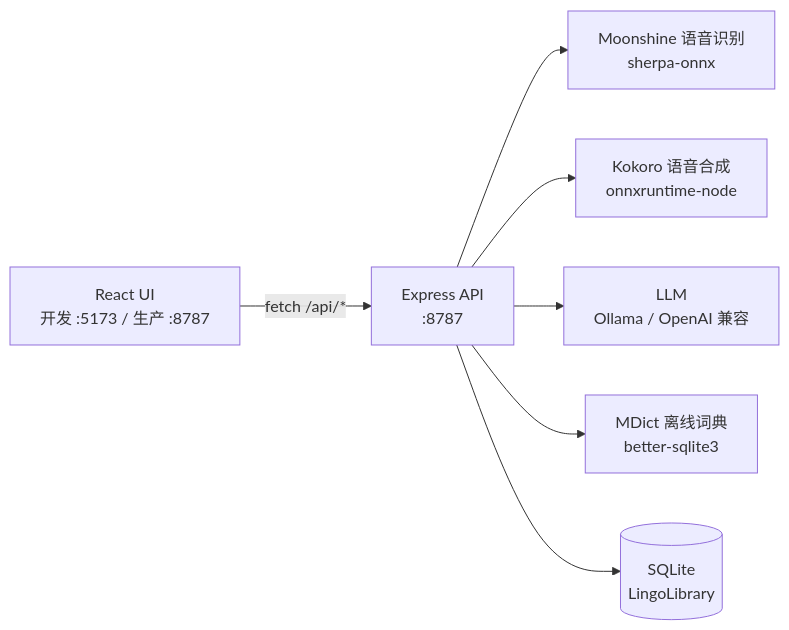
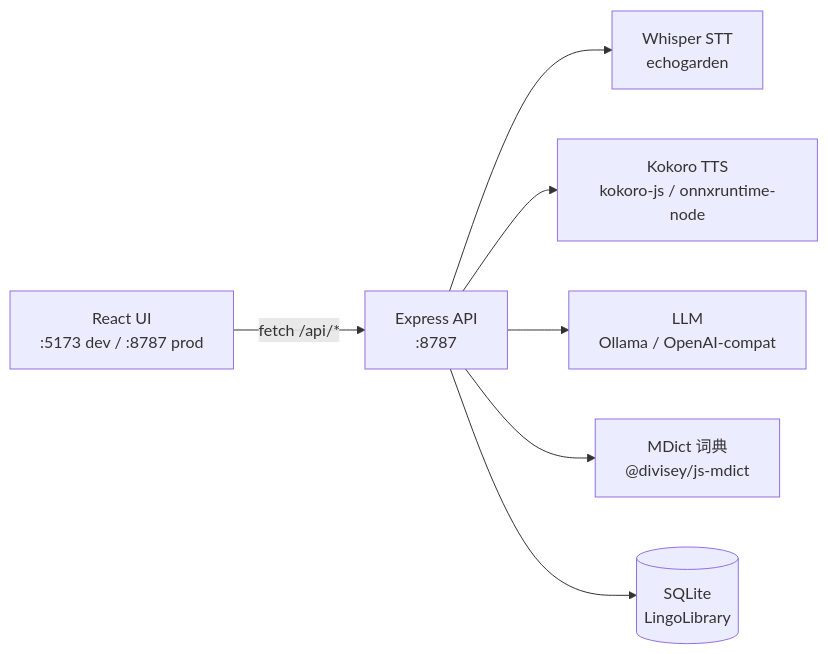
The diagram in README.zh-CN.md (veritasian/lingutribe), drawn with Mermaid before and after one commit. The commit also changed other lines of this file and 36 other files, not shown here.

````diff
--- a/README.zh-CN.md
+++ b/README.zh-CN.md
@@ -67,9 +79,9 @@
 ```mermaid
 flowchart LR
-  UI[React UI<br/>开发 :5173 / 生产 :8787] -->|fetch /api/*| API[Express API<br/>:8787]
-  API --> STT[Moonshine 语音识别<br/>sherpa-onnx]
-  API --> TTS[Kokoro 语音合成<br/>onnxruntime-node]
-  API --> LLM[LLM<br/>Ollama / OpenAI 兼容]
-  API --> DICT[MDict 离线词典<br/>better-sqlite3]
+  UI[React UI<br/>:5173 dev / :8787 prod] -->|fetch /api/*| API[Express API<br/>:8787]
+  API --> STT[Whisper STT<br/>echogarden]
+  API --> TTS[Kokoro TTS<br/>kokoro-js / onnxruntime-node]
+  API --> LLM[LLM<br/>Ollama / OpenAI-compat]
+  API --> DICT[MDict 词典<br/>@divisey/js-mdict]
   API --> DB[(SQLite<br/>LingoLibrary)]
 ```
````
